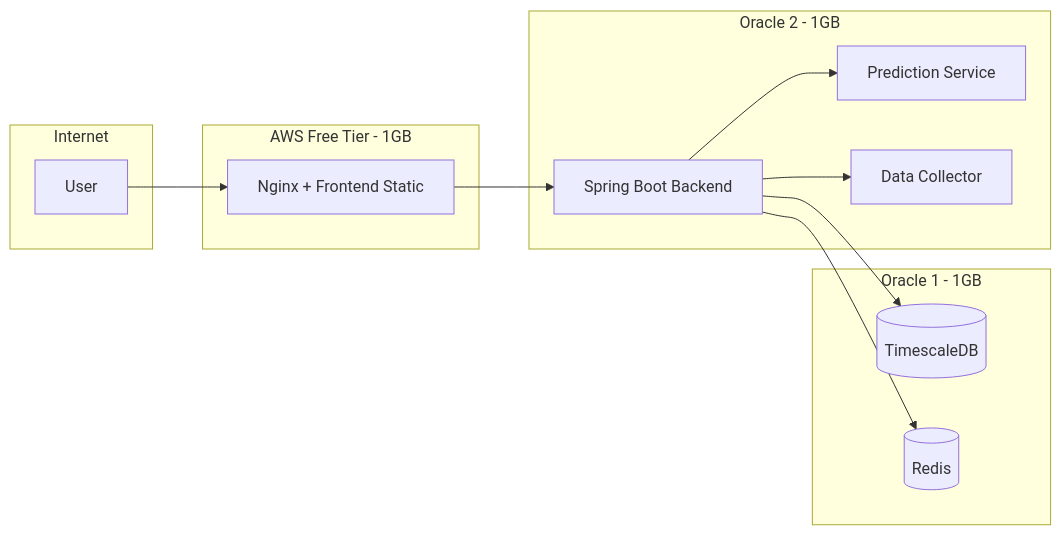
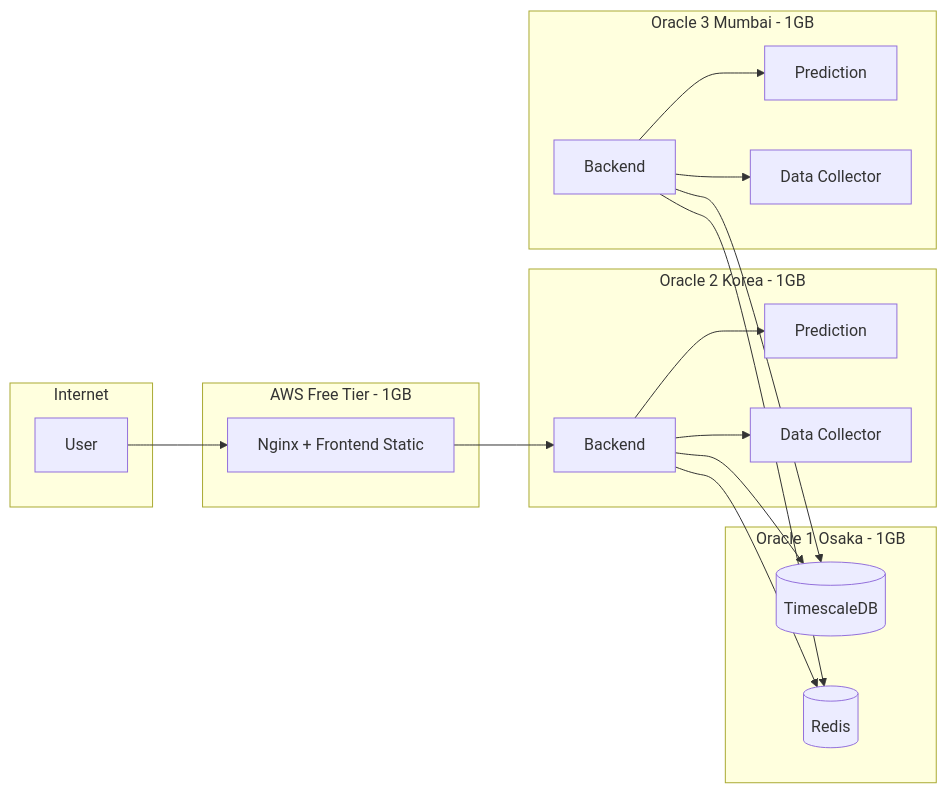
Before and after one commit to Layton0-0/investment-backend: the diagram in docs/06-deployment/05-multi-vps-oracle-aws-cicd.md, drawn with Mermaid. The commit also changed other lines of this file and 3 other files, not shown here.

````diff
--- a/docs/06-deployment/05-multi-vps-oracle-aws-cicd.md
+++ b/docs/06-deployment/05-multi-vps-oracle-aws-cicd.md
@@ -30,24 +46,33 @@
 ```mermaid
 flowchart LR
   subgraph internet [Internet]
     User[User]
   end
   subgraph aws [AWS Free Tier - 1GB]
     Nginx[Nginx + Frontend Static]
   end
-  subgraph oracle2 [Oracle 2 - 1GB]
-    Backend[Spring Boot Backend]
-    Pred[Prediction Service]
-    Collector[Data Collector]
+  subgraph oracle2 [Oracle 2 Korea - 1GB]
+    Backend2[Backend]
+    Pred2[Prediction]
+    Collector2[Data Collector]
   end
-  subgraph oracle1 [Oracle 1 - 1GB]
+  subgraph oracle3 [Oracle 3 Mumbai - 1GB]
+    Backend3[Backend]
+    Pred3[Prediction]
+    Collector3[Data Collector]
+  end
+  subgraph oracle1 [Oracle 1 Osaka - 1GB]
     DB[(TimescaleDB)]
     Redis[(Redis)]
   end
   User --> Nginx
-  Nginx --> Backend
-  Backend --> DB
-  Backend --> Redis
-  Backend --> Pred
-  Backend --> Collector
+  Nginx --> Backend2
+  Backend2 --> DB
+  Backend2 --> Redis
+  Backend2 --> Pred2
+  Backend2 --> Collector2
+  Backend3 --> DB
+  Backend3 --> Redis
+  Backend3 --> Pred3
+  Backend3 --> Collector3
 ```
````
